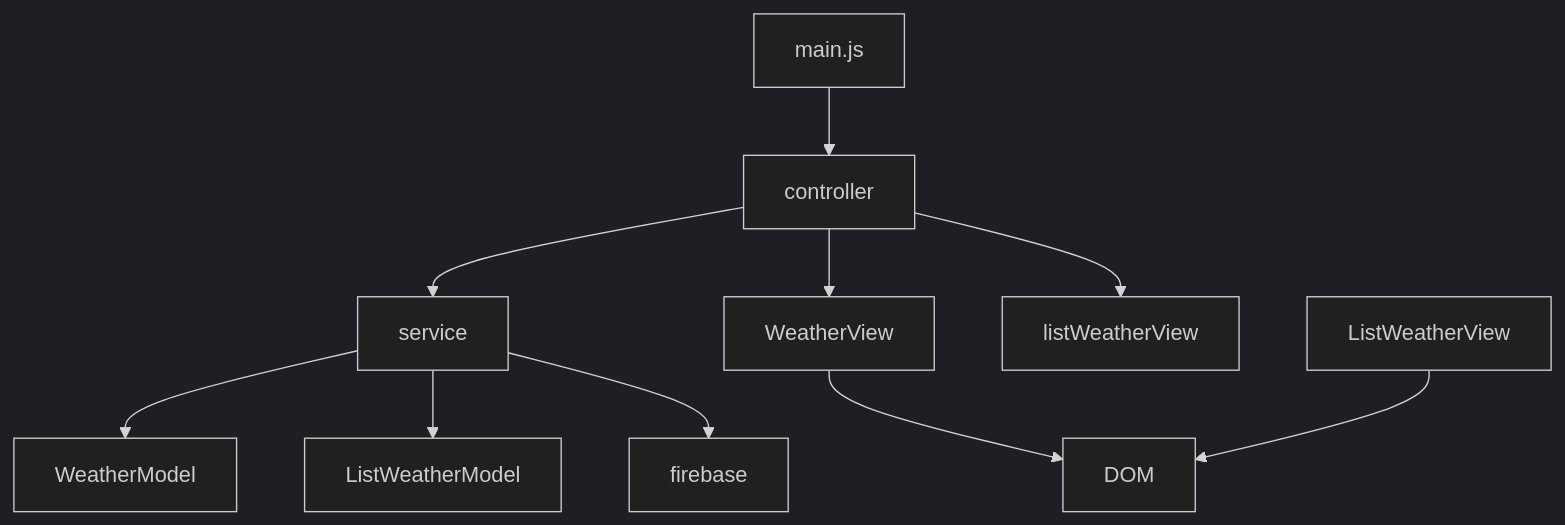
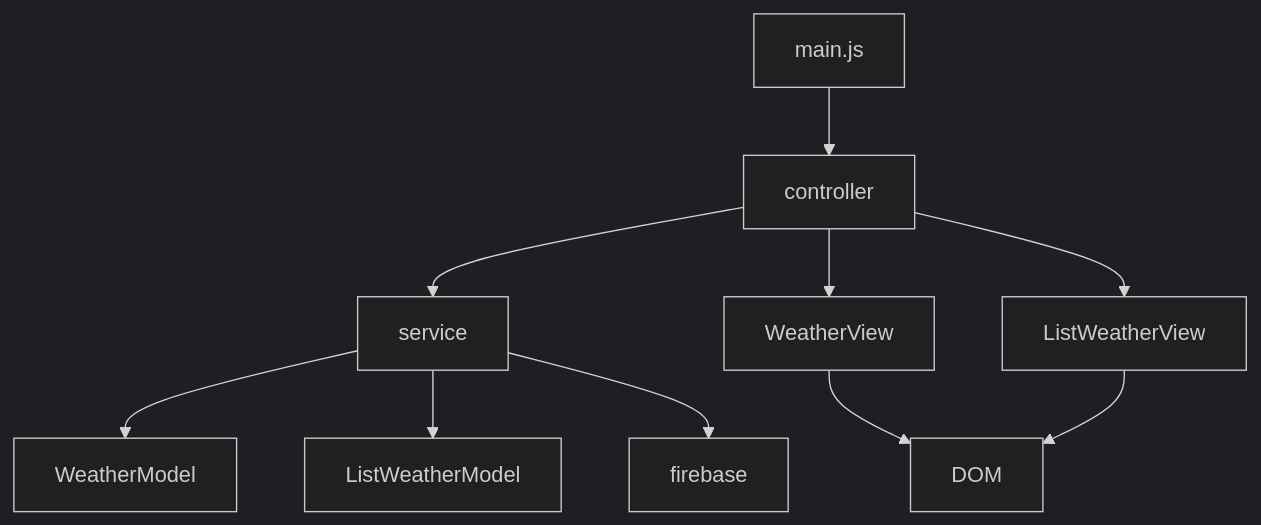
Before and after one commit to min0907/FrontEndPJ: the diagram in README.md, drawn with Mermaid (dark theme).

Commit message:
다이어그램 수정

````diff
--- a/README.md
+++ b/README.md
@@ -26,12 +26,12 @@
 ```mermaid
 graph TD;
     main.js-->controller;
     controller-->service;
     controller-->WeatherView;
-    controller-->listWeatherView;
+    controller-->ListWeatherView;
     service-->WeatherModel;
     service-->ListWeatherModel;
     service-->firebase;
     WeatherView-->DOM;
     ListWeatherView-->DOM;
 ```
````
